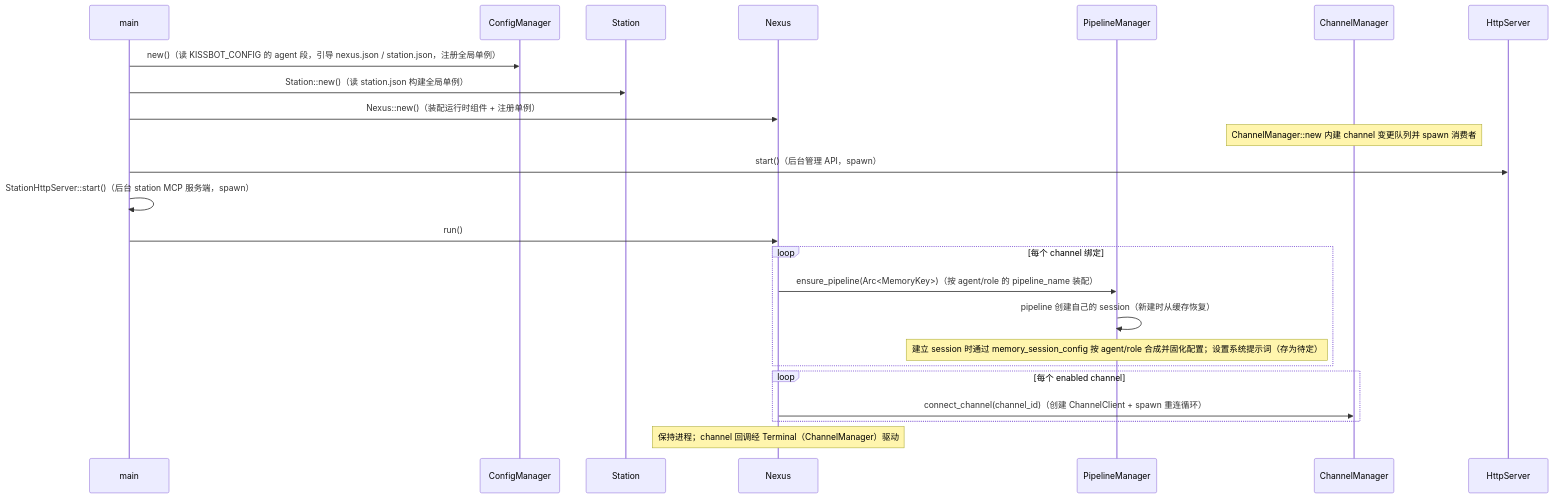
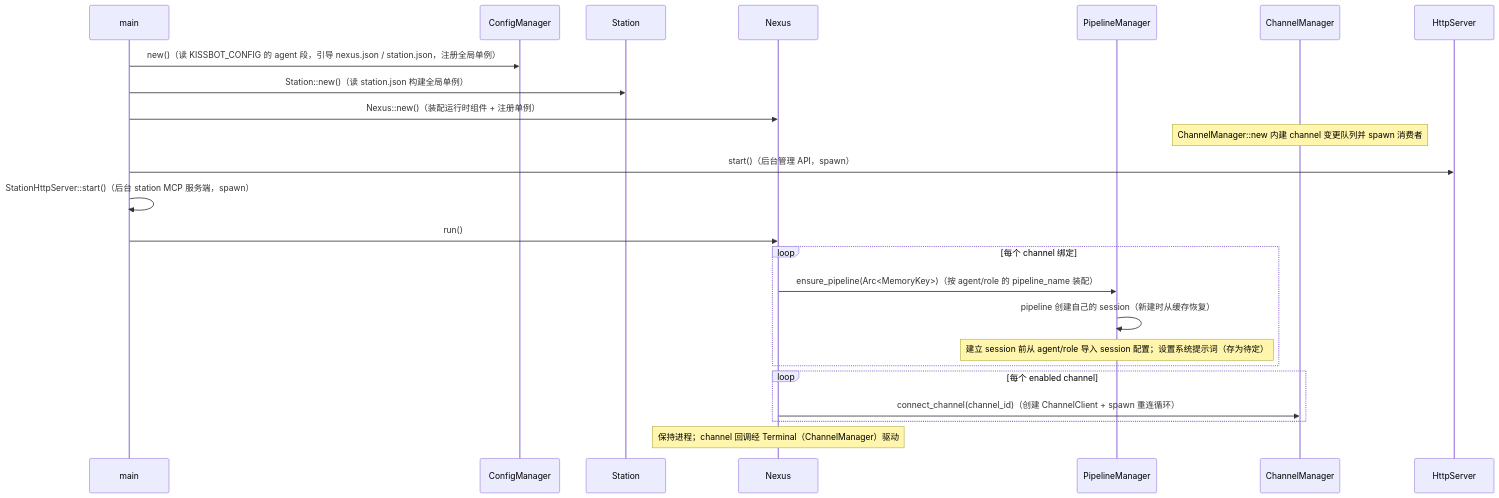
Before and after one commit to coldcloude/kissbot: the second of 5 diagrams in docs/spec/agent-modules.md, drawn with Mermaid. The commit also changed other lines of this file and 6 other files, not shown here.

````diff
--- a/docs/spec/agent-modules.md
+++ b/docs/spec/agent-modules.md
@@ -108,27 +108,27 @@
 ```mermaid
 sequenceDiagram
     participant main
     participant CFG as ConfigManager
     participant ST as Station
     participant CO as Nexus
     participant PLS as PipelineManager
     participant CHM as ChannelManager
     participant HS as HttpServer
 
     main->>CFG: new()（读 KISSBOT_CONFIG 的 agent 段，引导 nexus.json / station.json，注册全局单例）
     main->>ST: Station::new()（读 station.json 构建全局单例）
     main->>CO: Nexus::new()（装配运行时组件 + 注册单例）
     Note over CHM: ChannelManager::new 内建 channel 变更队列并 spawn 消费者
     main->>HS: start()（后台管理 API，spawn）
     main->>main: StationHttpServer::start()（后台 station MCP 服务端，spawn）
     main->>CO: run()
     loop 每个 channel 绑定
         CO->>PLS: ensure_pipeline(Arc<MemoryKey>)（按 agent/role 的 pipeline_name 装配）
         PLS->>PLS: pipeline 创建自己的 session（新建时从缓存恢复）
-        Note over PLS: 建立 session 时通过 memory_session_config 按 agent/role 合成并固化配置；设置系统提示词（存为待定）
+        Note over PLS: 建立 session 前从 agent/role 导入 session 配置；设置系统提示词（存为待定）
     end
     loop 每个 enabled channel
         CO->>CHM: connect_channel(channel_id)（创建 ChannelClient + spawn 重连循环）
     end
     Note over CO: 保持进程；channel 回调经 Terminal（ChannelManager）驱动
 ```
````
